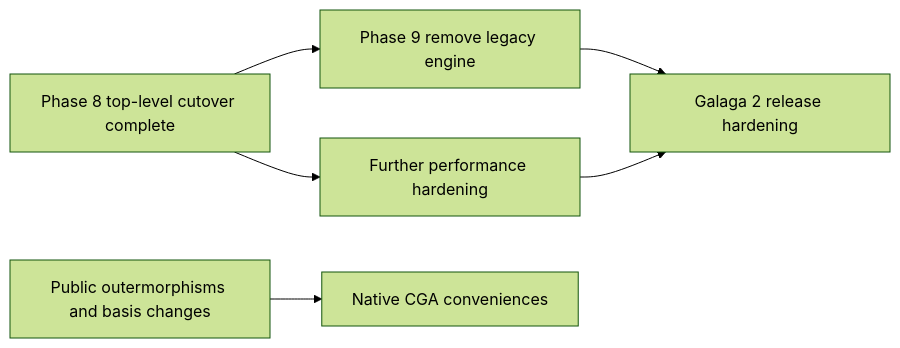
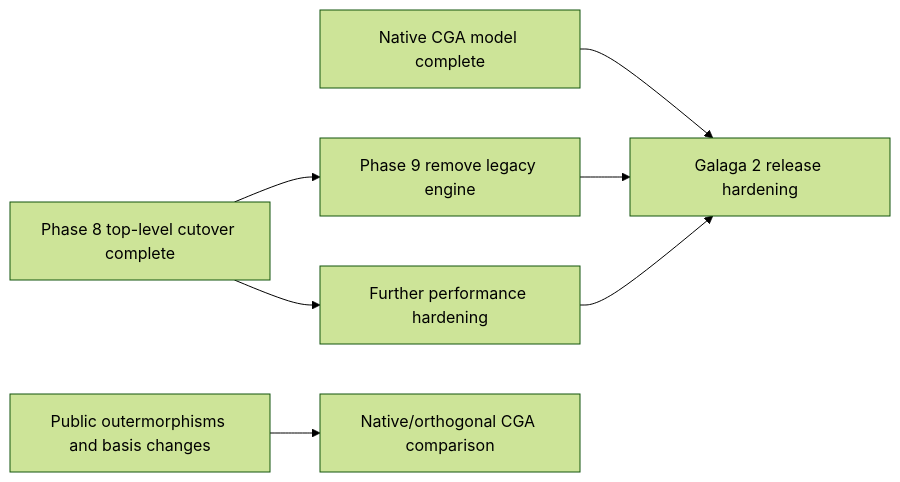
The diagram in docs/v2/galaga-replacement-roadmap.md (edouardp/galaga), drawn with Mermaid (forest theme) before and after one commit. The commit also changed other lines of this file and 14 other files, not shown here.

First line of the commit message:
Add validated native-null CGA model layer

````diff
--- a/docs/v2/galaga-replacement-roadmap.md
+++ b/docs/v2/galaga-replacement-roadmap.md
@@ -149,8 +155,9 @@
 ```mermaid
 flowchart LR
     X[Phase 8 top-level cutover complete] --> R[Phase 9 remove legacy engine]
     X --> H[Further performance hardening]
-    O[Public outermorphisms and basis changes] --> G[Native CGA conveniences]
+    G[Native CGA model complete] --> Q
+    O[Public outermorphisms and basis changes] --> C[Native/orthogonal CGA comparison]
     R --> Q[Galaga 2 release hardening]
     H --> Q
 ```
````
